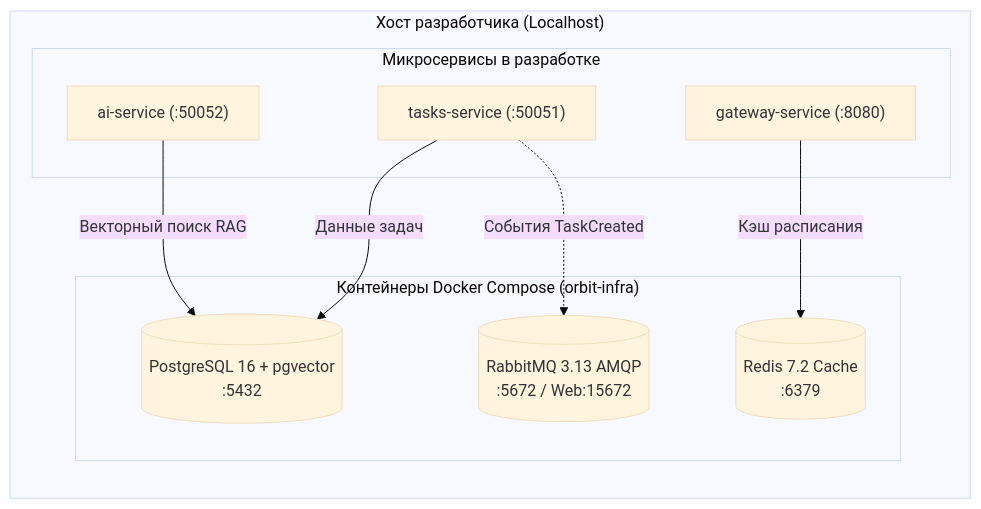
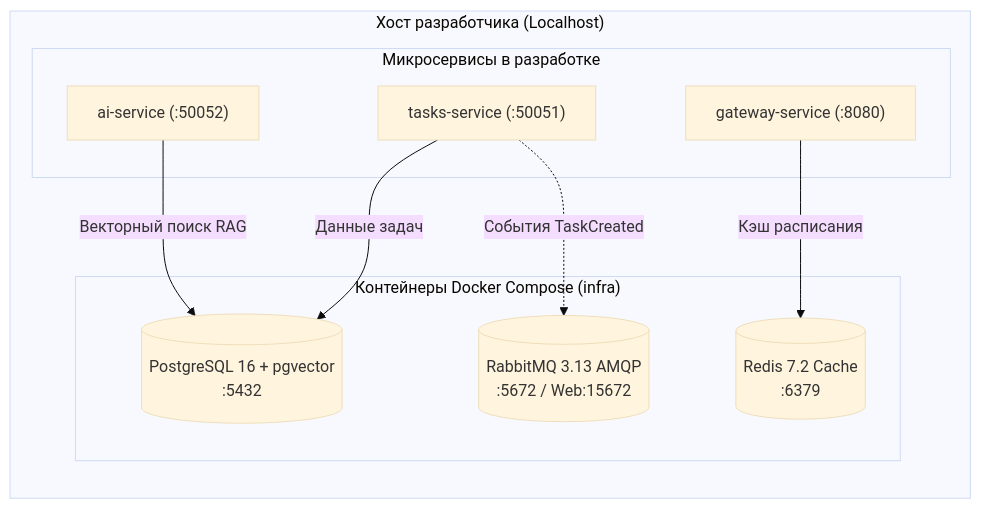
The diagram in docs/tutorial/common/02-local-infra.md (orbit-polytech/orbit-docs), drawn with Mermaid (base theme) before and after one commit. The commit also changed other lines of this file and 82 other files, not shown here.

````diff
--- a/docs/tutorial/common/02-local-infra.md
+++ b/docs/tutorial/common/02-local-infra.md
@@ -13,22 +13,22 @@
 ```mermaid
 graph TD
     subgraph Host["Хост разработчика (Localhost)"]
         direction TB
         subgraph Services["Микросервисы в разработке"]
             GW["gateway-service (:8080)"]
             TS["tasks-service (:50051)"]
             AI["ai-service (:50052)"]
         end
 
-        subgraph Infra["Контейнеры Docker Compose (orbit-infra)"]
+        subgraph Infra["Контейнеры Docker Compose (infra)"]
             PG[("PostgreSQL 16 + pgvector\n:5432")]
             RD[("Redis 7.2 Cache\n:6379")]
             RMQ[("RabbitMQ 3.13 AMQP\n:5672 / Web:15672")]
         end
 
         TS -->|Данные задач| PG
         TS -.->|События TaskCreated| RMQ
         GW -->|Кэш расписания| RD
         AI -->|Векторный поиск RAG| PG
     end
 ```
````
